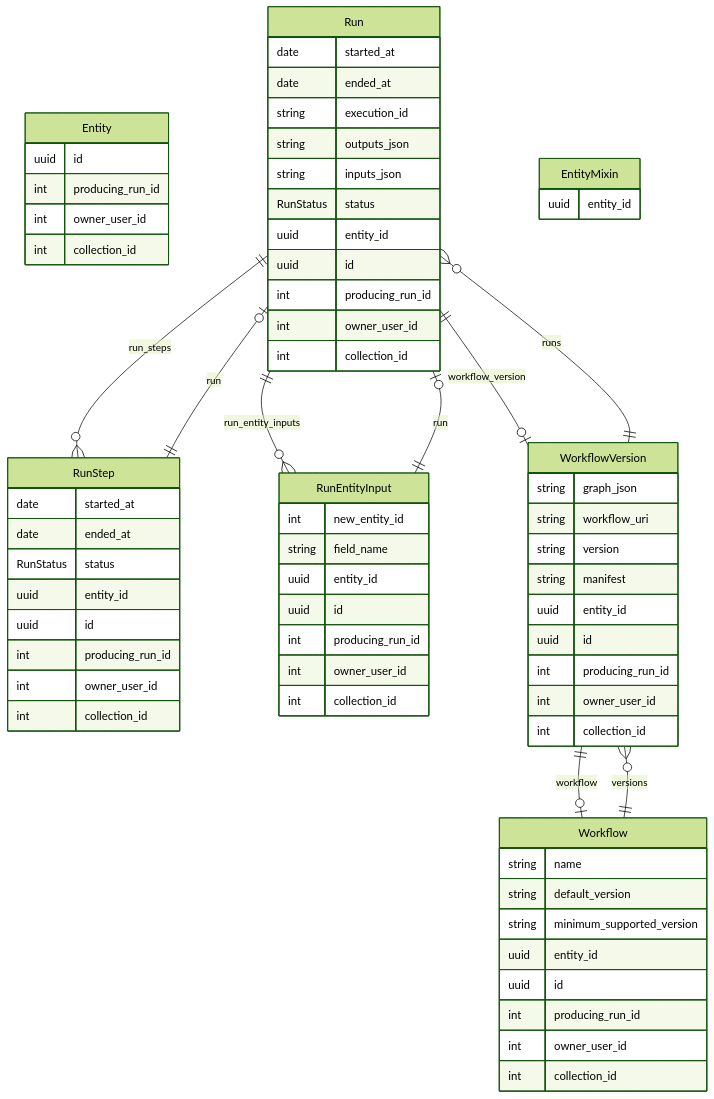
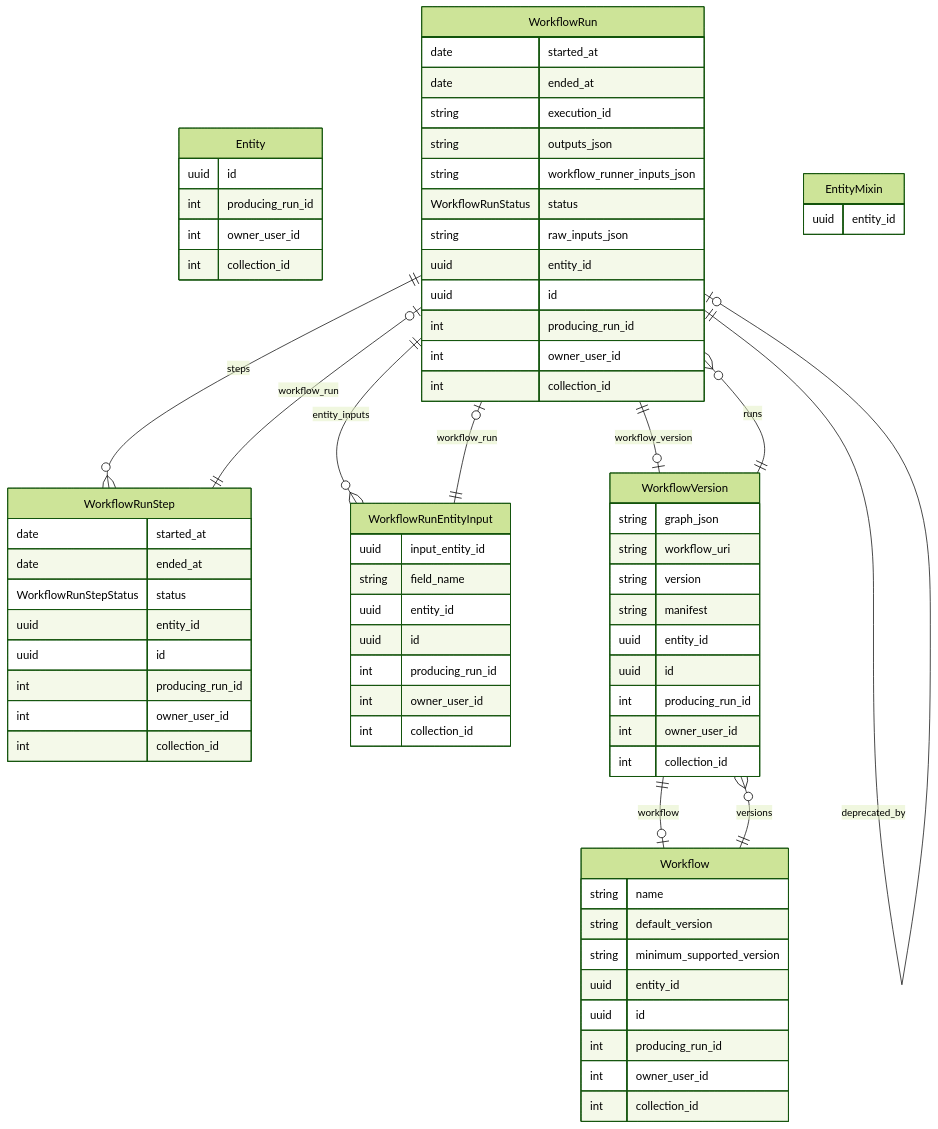
The diagram in workflows/schema/README.md (chanzuckerberg/czid-platformics), drawn with Mermaid (forest theme) before and after one commit. The commit also changed 25 other files, not shown here.

````diff
--- a/workflows/schema/README.md
+++ b/workflows/schema/README.md
@@ -1,75 +1,77 @@
 ```mermaid
 erDiagram
 Entity {
     uuid id  
     int producing_run_id  
     int owner_user_id  
     int collection_id  
 }
-Run {
+WorkflowRun {
     date started_at  
     date ended_at  
     string execution_id  
     string outputs_json  
-    string inputs_json  
-    RunStatus status  
+    string workflow_runner_inputs_json  
+    WorkflowRunStatus status  
+    string raw_inputs_json  
     uuid entity_id  
     uuid id  
     int producing_run_id  
     int owner_user_id  
     int collection_id  
 }
 Workflow {
     string name  
     string default_version  
     string minimum_supported_version  
     uuid entity_id  
     uuid id  
     int producing_run_id  
     int owner_user_id  
     int collection_id  
 }
-RunStep {
+WorkflowRunStep {
     date started_at  
     date ended_at  
-    RunStatus status  
+    WorkflowRunStepStatus status  
     uuid entity_id  
     uuid id  
     int producing_run_id  
     int owner_user_id  
     int collection_id  
 }
-RunEntityInput {
-    int new_entity_id  
+WorkflowRunEntityInput {
+    uuid input_entity_id  
     string field_name  
     uuid entity_id  
     uuid id  
     int producing_run_id  
     int owner_user_id  
     int collection_id  
 }
 WorkflowVersion {
     string graph_json  
     string workflow_uri  
     string version  
     string manifest  
     uuid entity_id  
     uuid id  
     int producing_run_id  
     int owner_user_id  
     int collection_id  
 }
 EntityMixin {
     uuid entity_id  
 }
 
-Run ||--|o WorkflowVersion : "workflow_version"
-Run ||--}o RunStep : "run_steps"
-Run ||--}o RunEntityInput : "run_entity_inputs"
+WorkflowRun ||--|o WorkflowVersion : "workflow_version"
+WorkflowRun ||--}o WorkflowRunStep : "steps"
+WorkflowRun ||--}o WorkflowRunEntityInput : "entity_inputs"
+WorkflowRun ||--|o WorkflowRun : "deprecated_by"
 Workflow ||--}o WorkflowVersion : "versions"
-RunStep ||--|o Run : "run"
-RunEntityInput ||--|o Run : "run"
+WorkflowRunStep ||--|o WorkflowRun : "workflow_run"
+WorkflowRunEntityInput ||--|o WorkflowRun : "workflow_run"
 WorkflowVersion ||--|o Workflow : "workflow"
-WorkflowVersion ||--}o Run : "runs"
+WorkflowVersion ||--}o WorkflowRun : "runs"
 
 ```
````
